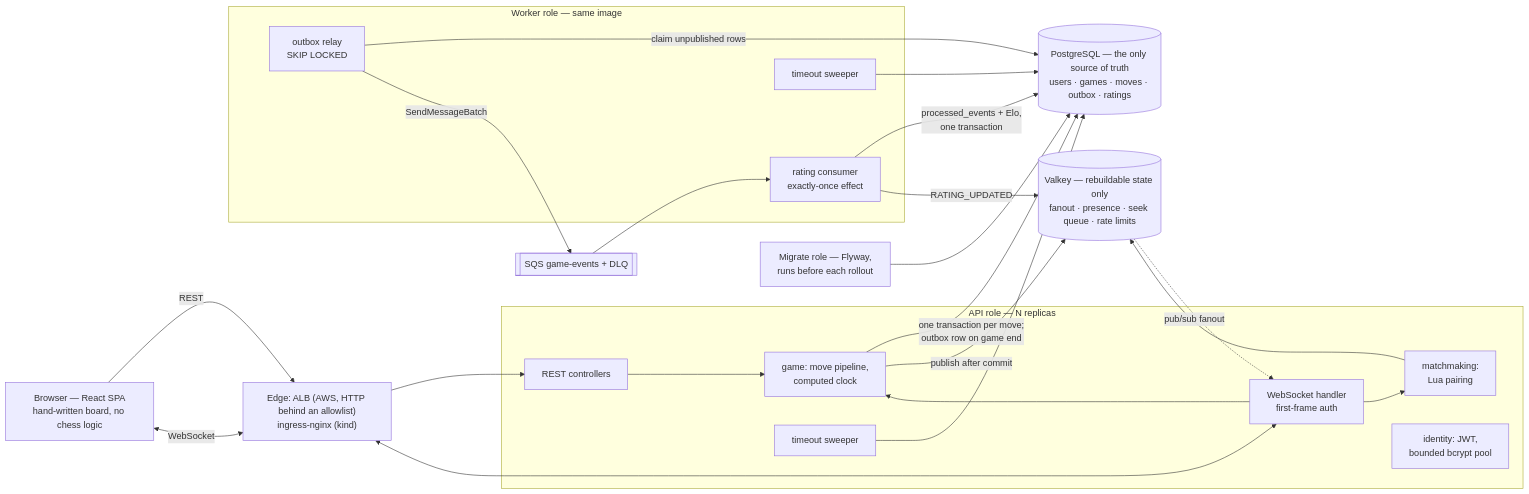
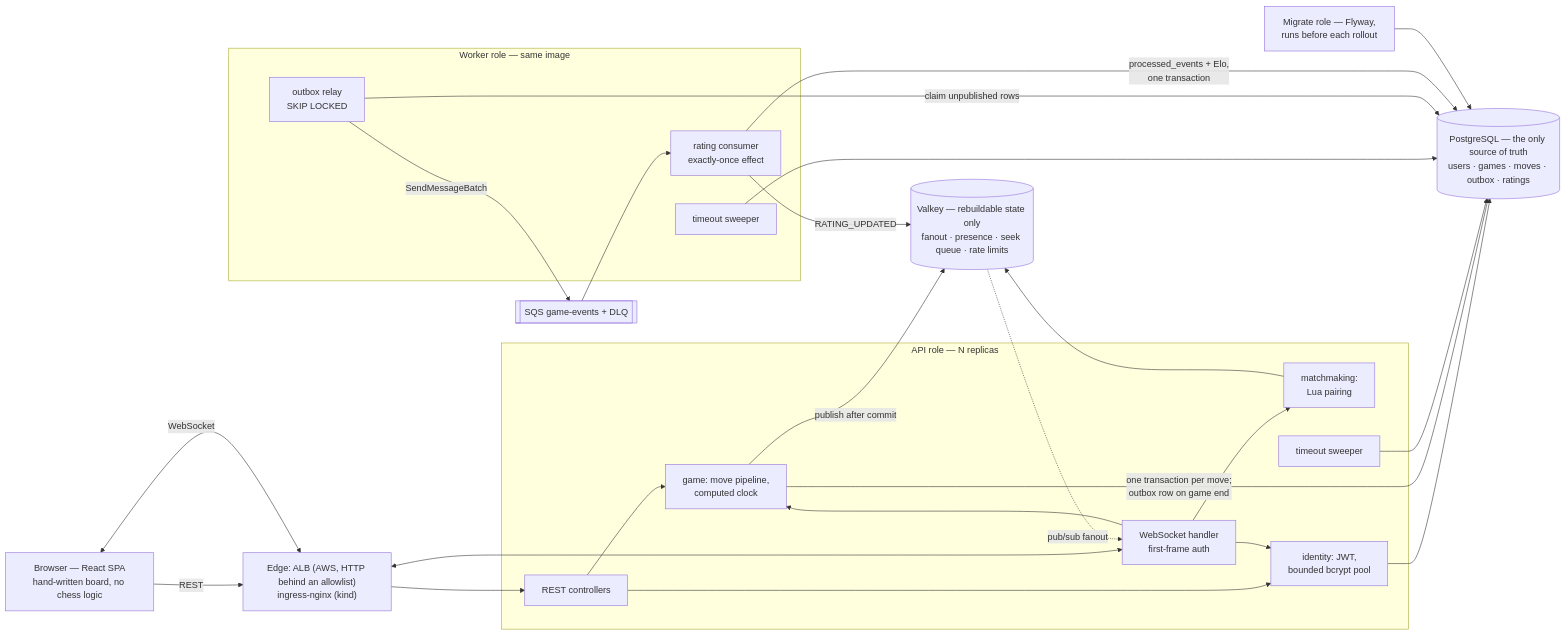
The first of 2 diagrams in ARCHITECTURE.md (Abhinav2777/chess-platform), drawn with Mermaid before and after one commit. The commit also changed 1 other file, not shown here.

Commit message:
docs(interview): pitch, resume bullets, limits, fundamentals (10.4)
The pitch at 30 s / 2 min (76 and 287 words, timed by word count) and a
10-minute outline; three resume bullets, each traced to a ledger row with
its environment and its likely follow-up; the ten questions to rehearse;
limits and what would close them; the 1K -> 1M scaling answer. "To be
added" replaced by answers checked against the code: Spring Security,
@Version and isolation, transaction boundaries, backpressure, Lua
atomicity, Valkey TTL/eviction, cache invalidation, Docker layering,
reading a p99.

ARCHITECTURE §3.1 diagram: the identity box had no edges; REST and the
WebSocket handler authenticate through it, and it reads PostgreSQL.

````diff
--- a/ARCHITECTURE.md
+++ b/ARCHITECTURE.md
@@ -56,46 +56,49 @@
 ```mermaid
 flowchart LR
     B["Browser — React SPA<br/>hand-written board, no chess logic"]
     E["Edge: ALB (AWS, HTTP behind an allowlist)<br/>ingress-nginx (kind)"]
 
     subgraph API["API role — N replicas"]
         REST[REST controllers]
         WS["WebSocket handler<br/>first-frame auth"]
         GAME["game: move pipeline,<br/>computed clock"]
         MM["matchmaking:<br/>Lua pairing"]
         ID["identity: JWT,<br/>bounded bcrypt pool"]
         SW1[timeout sweeper]
     end
 
     subgraph WRK["Worker role — same image"]
         RELAY["outbox relay<br/>SKIP LOCKED"]
         RATE["rating consumer<br/>exactly-once effect"]
         SW2[timeout sweeper]
     end
 
     MIG["Migrate role — Flyway,<br/>runs before each rollout"]
 
     PG[("PostgreSQL — the only source of truth<br/>users · games · moves · outbox · ratings")]
     VK[("Valkey — rebuildable state only<br/>fanout · presence · seek queue · rate limits")]
     SQS[["SQS game-events + DLQ"]]
 
     B -->|REST| E
     B <-->|WebSocket| E
     E --> REST
     E <--> WS
+    REST --> ID
+    WS --> ID
     REST --> GAME
     WS --> GAME
     WS --> MM
+    ID --> PG
     GAME -->|"one transaction per move;<br/>outbox row on game end"| PG
     MM --> VK
     GAME -->|publish after commit| VK
     VK -.->|pub/sub fanout| WS
     SW1 --> PG
     SW2 --> PG
     RELAY -->|claim unpublished rows| PG
     RELAY -->|SendMessageBatch| SQS
     SQS --> RATE
     RATE -->|"processed_events + Elo,<br/>one transaction"| PG
     RATE -->|RATING_UPDATED| VK
     MIG --> PG
 ```
````
